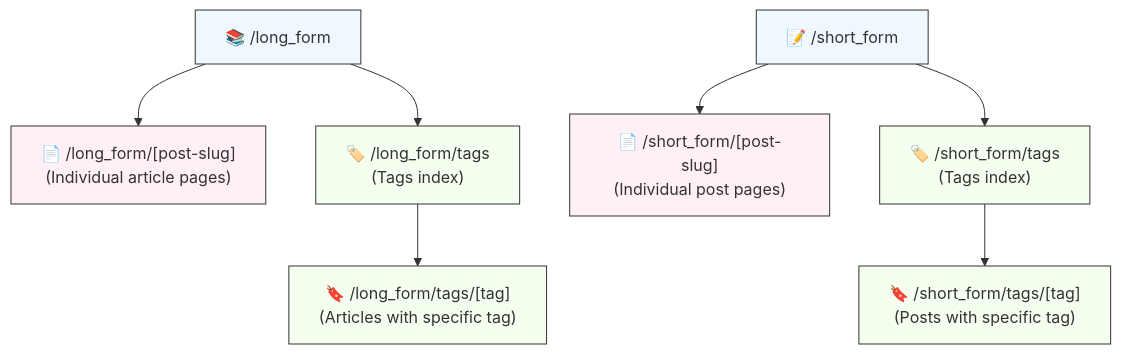
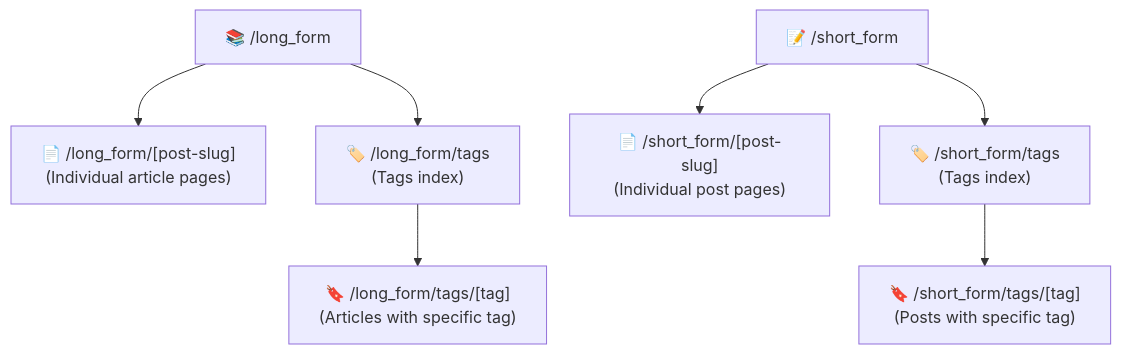
One commit to erfianugrah/revista-3 changed the eighth of 9 diagrams in README.md. Above: the diagram before and after it, drawn with Mermaid. The commit also changed other lines of this file and 4 other files, not shown here.

First line of the commit message:
chore: clean up docs — remove PLAN.md, merge Docker README, fix mermaid contrast

````diff
--- a/README.md
+++ b/README.md
@@ -413,20 +363,10 @@
 ```mermaid
 graph TD
-    classDef staticRoute fill:#f0f8ff,stroke:#333,stroke-width:1px
-    classDef dynamicRoute fill:#fff0f5,stroke:#333,stroke-width:1px
-    classDef tagRoute fill:#f5fff0,stroke:#333,stroke-width:1px
-
-    %% Long-form routes
     E["📚 /long_form"] --> I["📄 /long_form/[post-slug]<br>(Individual article pages)"]
     E --> J["🏷️ /long_form/tags<br>(Tags index)"]
     J --> K["🔖 /long_form/tags/[tag]<br>(Articles with specific tag)"]
 
-    %% Short-form routes
     F["📝 /short_form"] --> L["📄 /short_form/[post-slug]<br>(Individual post pages)"]
     F --> M["🏷️ /short_form/tags<br>(Tags index)"]
     M --> N["🔖 /short_form/tags/[tag]<br>(Posts with specific tag)"]
-
-    class E,F staticRoute
-    class I,L dynamicRoute
-    class J,K,M,N tagRoute
 ```
````
